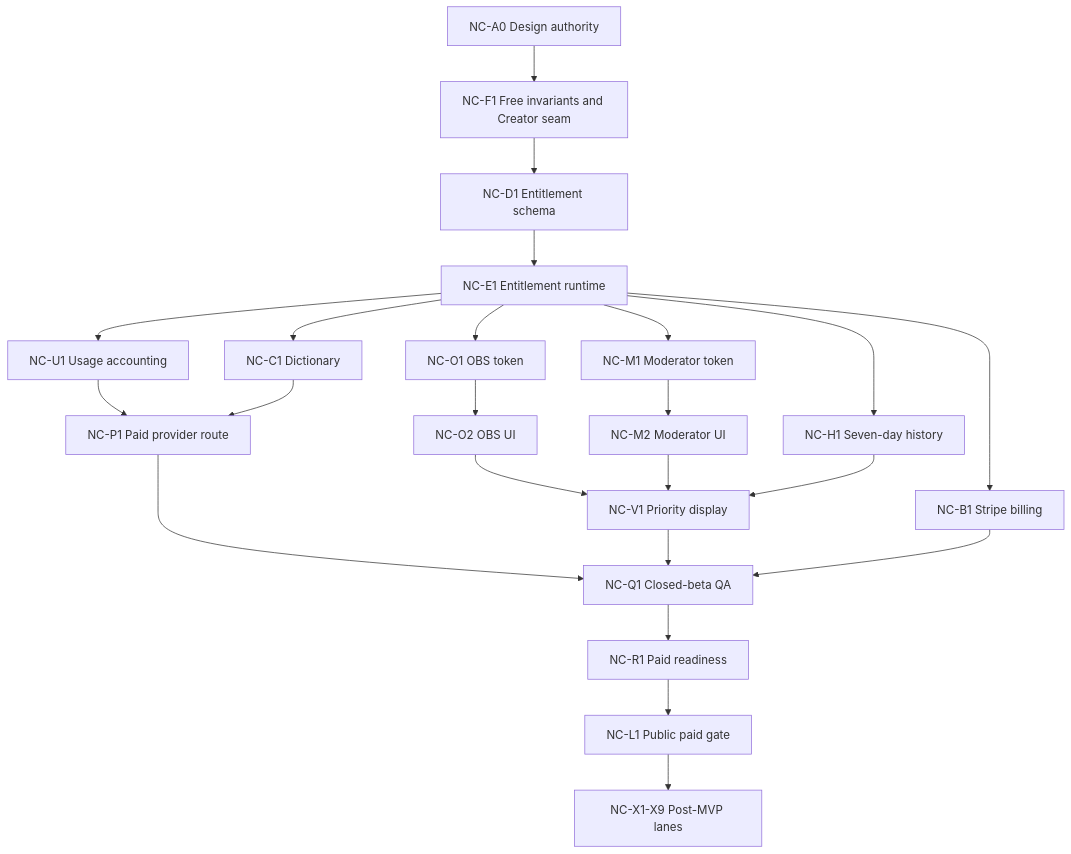
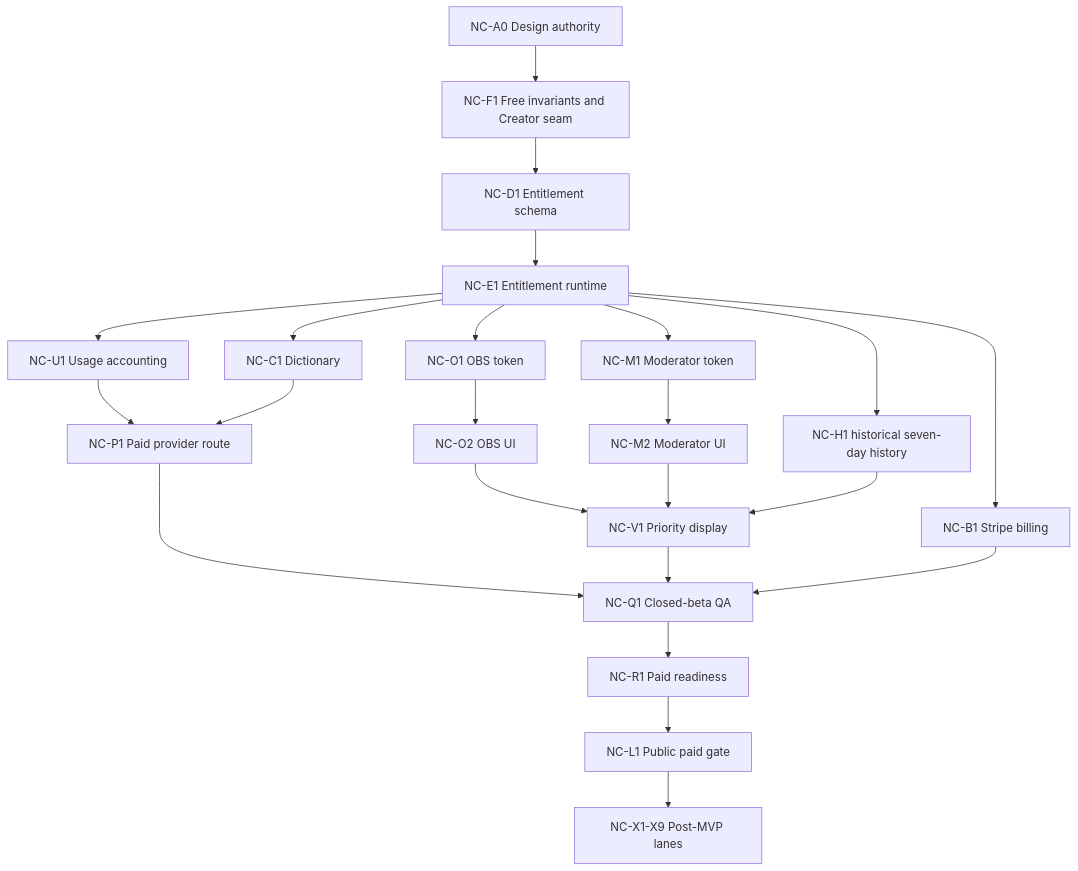
One commit to kurodev-web-tools/tool-portal changed the diagram in docs/active/COMMENT_TRANSLATOR_CREATOR_NO_CONTAINER_IMPLEMENTATION_TASK_BOARD.md. Above: the diagram before and after it, drawn with Mermaid. The commit also changed other lines of this file and 14 other files, not shown here.

Commit message:
nc-x2b-r1: add unapplied thirty-day history retention switch

````diff
--- a/docs/active/COMMENT_TRANSLATOR_CREATOR_NO_CONTAINER_IMPLEMENTATION_TASK_BOARD.md
+++ b/docs/active/COMMENT_TRANSLATOR_CREATOR_NO_CONTAINER_IMPLEMENTATION_TASK_BOARD.md
@@ -62,25 +66,25 @@
 ```mermaid
 flowchart TD
   A0["NC-A0 Design authority"] --> F1["NC-F1 Free invariants and Creator seam"]
   F1 --> D1["NC-D1 Entitlement schema"]
   D1 --> E1["NC-E1 Entitlement runtime"]
   E1 --> U1["NC-U1 Usage accounting"]
   U1 --> P1["NC-P1 Paid provider route"]
   E1 --> C1["NC-C1 Dictionary"]
   E1 --> O1["NC-O1 OBS token"]
   O1 --> O2["NC-O2 OBS UI"]
   E1 --> M1["NC-M1 Moderator token"]
   M1 --> M2["NC-M2 Moderator UI"]
-  E1 --> H1["NC-H1 Seven-day history"]
+  E1 --> H1["NC-H1 historical seven-day history"]
   C1 --> P1
   O2 --> V1["NC-V1 Priority display"]
   M2 --> V1
   H1 --> V1
   E1 --> B1["NC-B1 Stripe billing"]
   P1 --> Q1["NC-Q1 Closed-beta QA"]
   V1 --> Q1
   B1 --> Q1
   Q1 --> R1["NC-R1 Paid readiness"]
   R1 --> L1["NC-L1 Public paid gate"]
   L1 --> X1["NC-X1-X9 Post-MVP lanes"]
 ```
````
